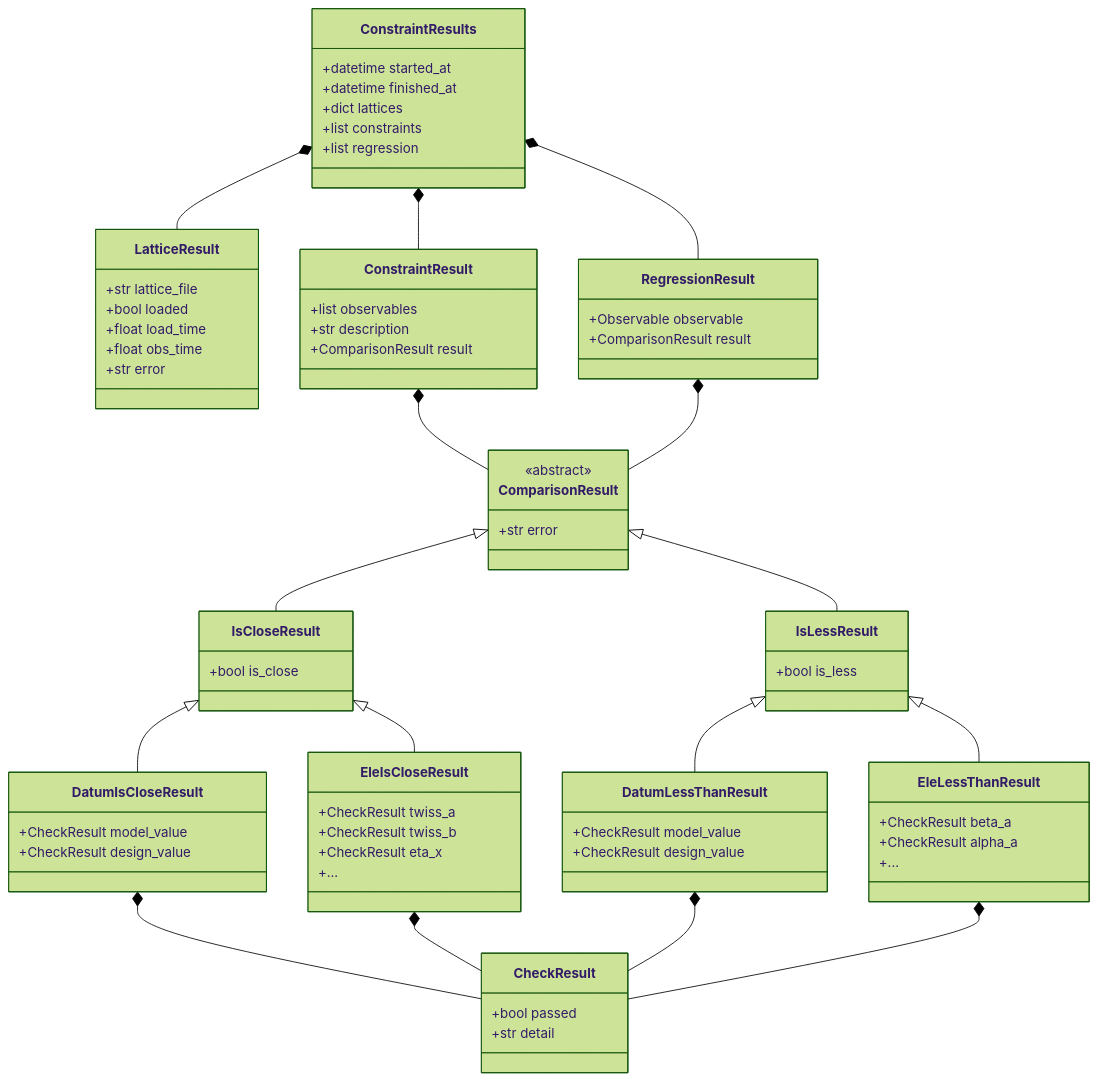
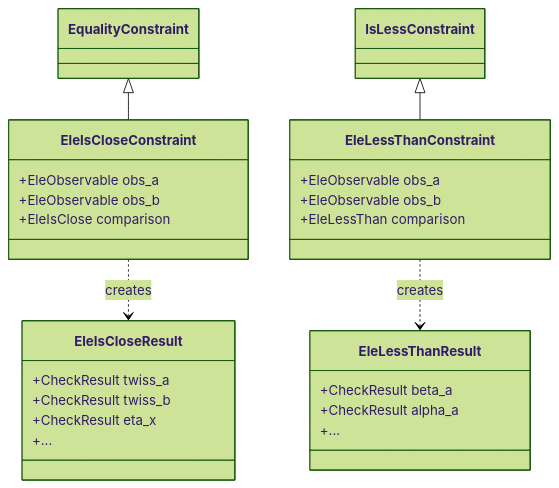
The sixth of 6 diagrams in docs/constraints/index.md (bmad-sim/pytao), drawn with Mermaid (forest theme) before and after one commit. The commit also changed other lines of this file, not shown here.

Commit message:
more diagram work

````diff
--- a/docs/constraints/index.md
+++ b/docs/constraints/index.md
@@ -178,76 +201,32 @@
 ```mermaid
 classDiagram
-    class CheckResult {
-        +bool passed
-        +str detail
+    class EqualityConstraint
+    class IsLessConstraint
+
+    class EleIsCloseConstraint {
+        +EleObservable obs_a
+        +EleObservable obs_b
+        +EleIsClose comparison
     }
-    class ComparisonResult {
-        <<abstract>>
-        +str error
-    }
-    class IsCloseResult {
-        +bool is_close
-    }
-    class IsLessResult {
-        +bool is_less
-    }
-    class DatumIsCloseResult {
-        +CheckResult model_value
-        +CheckResult design_value
+    class EleLessThanConstraint {
+        +EleObservable obs_a
+        +EleObservable obs_b
+        +EleLessThan comparison
     }
     class EleIsCloseResult {
         +CheckResult twiss_a
         +CheckResult twiss_b
         +CheckResult eta_x
         +...
     }
-    class DatumLessThanResult {
-        +CheckResult model_value
-        +CheckResult design_value
-    }
     class EleLessThanResult {
         +CheckResult beta_a
         +CheckResult alpha_a
         +...
     }
-    class ConstraintResults {
-        +datetime started_at
-        +datetime finished_at
-        +dict lattices
-        +list constraints
-        +list regression
-    }
-    class LatticeResult {
-        +str lattice_file
-        +bool loaded
-        +float load_time
-        +float obs_time
-        +str error
-    }
-    class ConstraintResult {
-        +list observables
-        +str description
-        +ComparisonResult result
-    }
-    class RegressionResult {
-        +Observable observable
-        +ComparisonResult result
-    }
-    ComparisonResult <|-- IsCloseResult
-    ComparisonResult <|-- IsLessResult
-    IsCloseResult <|-- DatumIsCloseResult
-    IsCloseResult <|-- EleIsCloseResult
-    IsLessResult <|-- DatumLessThanResult
-    IsLessResult <|-- EleLessThanResult
 
-    DatumIsCloseResult *-- CheckResult
-    EleIsCloseResult *-- CheckResult
-    DatumLessThanResult *-- CheckResult
-    EleLessThanResult *-- CheckResult
-
-    ConstraintResults *-- LatticeResult
-    ConstraintResults *-- ConstraintResult
-    ConstraintResults *-- RegressionResult
-    ConstraintResult *-- ComparisonResult
-    RegressionResult *-- ComparisonResult
+    EqualityConstraint <|-- EleIsCloseConstraint
+    IsLessConstraint <|-- EleLessThanConstraint
+    EleIsCloseConstraint ..> EleIsCloseResult : creates
+    EleLessThanConstraint ..> EleLessThanResult : creates
 ```
````
